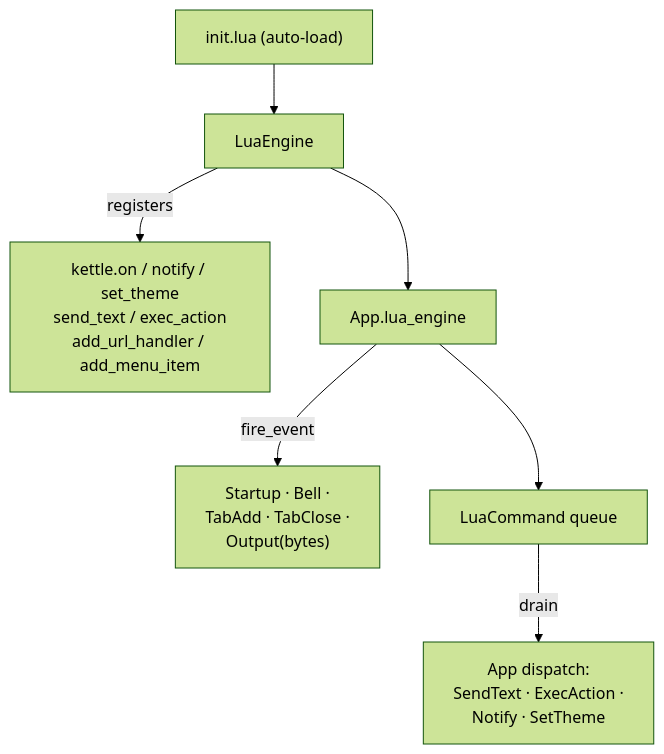
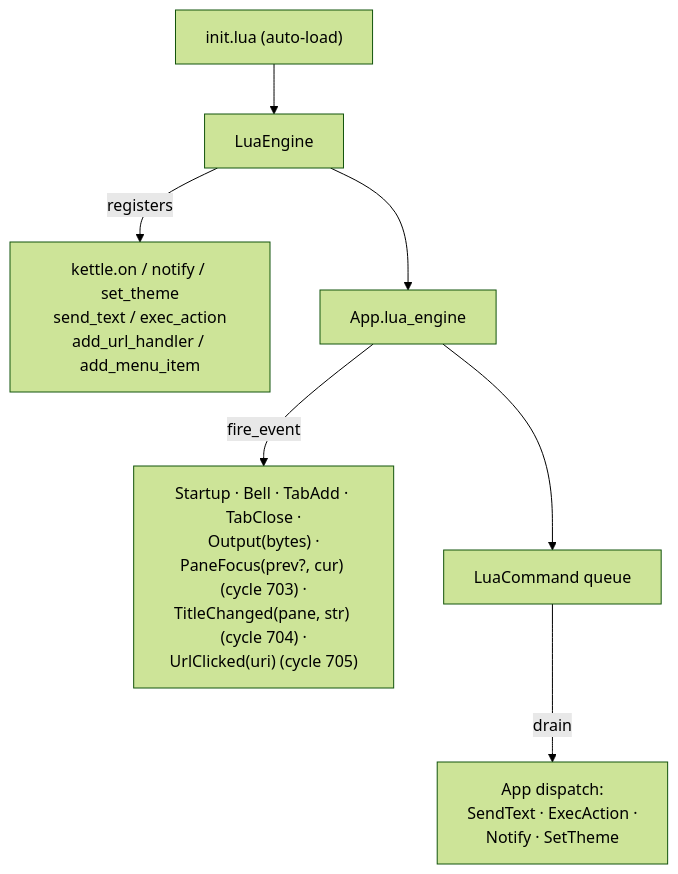
The fifth of 7 diagrams in docs/ARCHITECTURE.md (Reddimus/kettle), drawn with Mermaid (forest theme) before and after one commit. The commit also changed other lines of this file and 4 other files, not shown here.

````diff
--- a/docs/ARCHITECTURE.md
+++ b/docs/ARCHITECTURE.md
@@ -169,10 +231,10 @@
 ```mermaid
 flowchart TD
     A["init.lua (auto-load)"]
     A --> B["LuaEngine"]
     B -->|registers| C["kettle.on / notify / set_theme<br/>send_text / exec_action<br/>add_url_handler / add_menu_item"]
     B --> D["App.lua_engine"]
-    D -->|fire_event| E["Startup · Bell ·<br/>TabAdd · TabClose ·<br/>Output(bytes)"]
+    D -->|fire_event| E["Startup · Bell · TabAdd · TabClose ·<br/>Output(bytes) ·<br/>PaneFocus(prev?, cur) (cycle 703) ·<br/>TitleChanged(pane, str) (cycle 704) ·<br/>UrlClicked(uri) (cycle 705)"]
     D --> F["LuaCommand queue"]
     F -->|drain| G["App dispatch:<br/>SendText · ExecAction ·<br/>Notify · SetTheme"]
 ```
````
